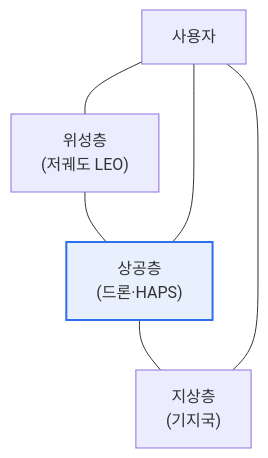
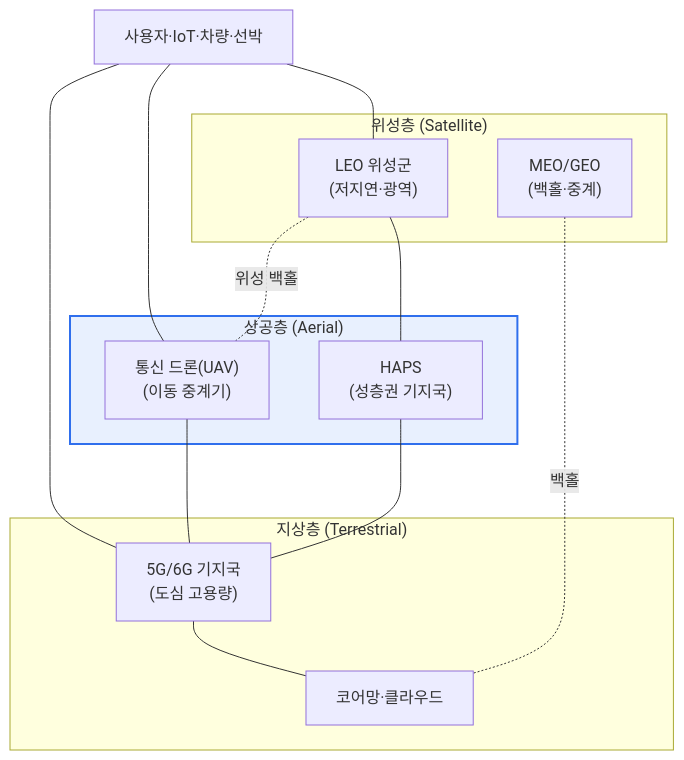
Before and after one commit to coninggu/wjdqhrhksflrltnftk: the first of 2 diagrams in content/satin.md, drawn with Mermaid. The commit also changed other lines of this file and 3 other files, not shown here.

````diff
--- a/content/satin.md
+++ b/content/satin.md
@@ -15,8 +23,25 @@
 ```mermaid
 flowchart TB
-  S["위성층<br/>(저궤도 LEO)"] --- A["상공층<br/>(드론·HAPS)"] --- T["지상층<br/>(기지국)"]
-  U[사용자] --- S
-  U --- A
-  U --- T
-  style A fill:#e8f0fe,stroke:#2f6fed,stroke-width:2px
+  subgraph SAT["위성층 (Satellite)"]
+    S1["LEO 위성군<br/>(저지연·광역)"]
+    S2["MEO/GEO<br/>(백홀·중계)"]
+  end
+  subgraph AER["상공층 (Aerial)"]
+    A1["HAPS<br/>(성층권 기지국)"]
+    A2["통신 드론(UAV)<br/>(이동 중계기)"]
+  end
+  subgraph TER["지상층 (Terrestrial)"]
+    T1["5G/6G 기지국<br/>(도심 고용량)"]
+    T2["코어망·클라우드"]
+  end
+  S1 --- A1
+  A1 --- T1
+  S1 -.위성 백홀.- A2
+  A2 --- T1
+  U["사용자·IoT·차량·선박"] --- S1
+  U --- A2
+  U --- T1
+  T1 --- T2
+  S2 -.백홀.- T2
+  style AER fill:#e8f0fe,stroke:#2f6fed,stroke-width:2px
 ```
````
